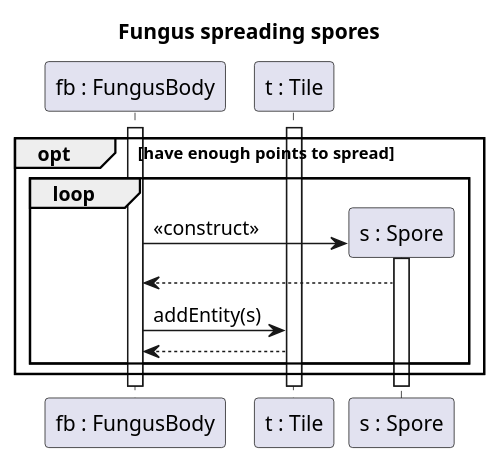
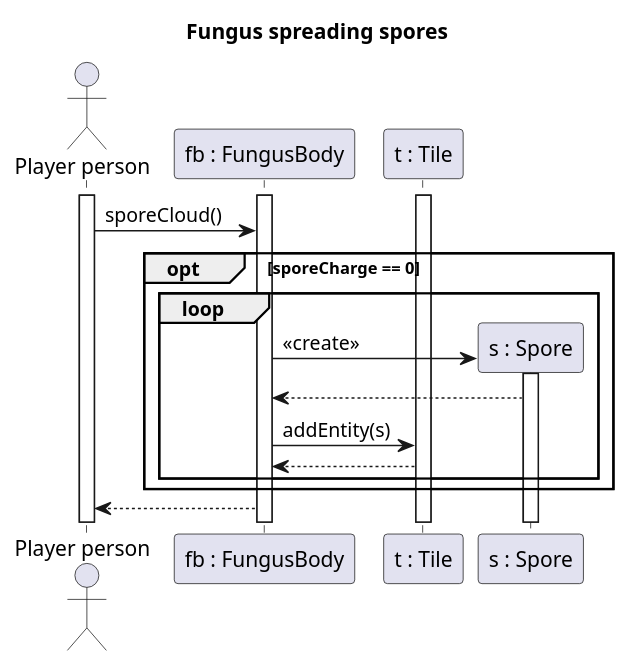
One commit to Harcipan/Projlab_nullpointerexception changed the diagram in diagrams/diagramFiles/SQ_FungusSpores.puml. Above: the diagram before and after it, drawn with PlantUML. The commit also changed 10 other files, not shown here.

```diff
--- a/diagrams/diagramFiles/SQ_FungusSpores.puml
+++ b/diagrams/diagramFiles/SQ_FungusSpores.puml
@@ -1,24 +1,28 @@
 @startuml Fungus spores
 
 title Fungus spreading spores
 
+actor "Player person" as Ac
 participant "fb : FungusBody" as Fb
 participant "t : Tile" as T
 participant "s : Spore" as S
 
+activate Ac
 activate Fb
 activate T
 
-opt have enough points to spread
+Ac -> Fb : sporeCloud()
+opt sporeCharge == 0
 loop 
-Fb -> S ** : <<construct>>
+Fb -> S ** : <<create>>
 activate S
 S --> Fb
 Fb -> T : addEntity(s)
 T-->Fb
 
 end
 end
+Fb --> Ac
 
 
 @enduml
```
